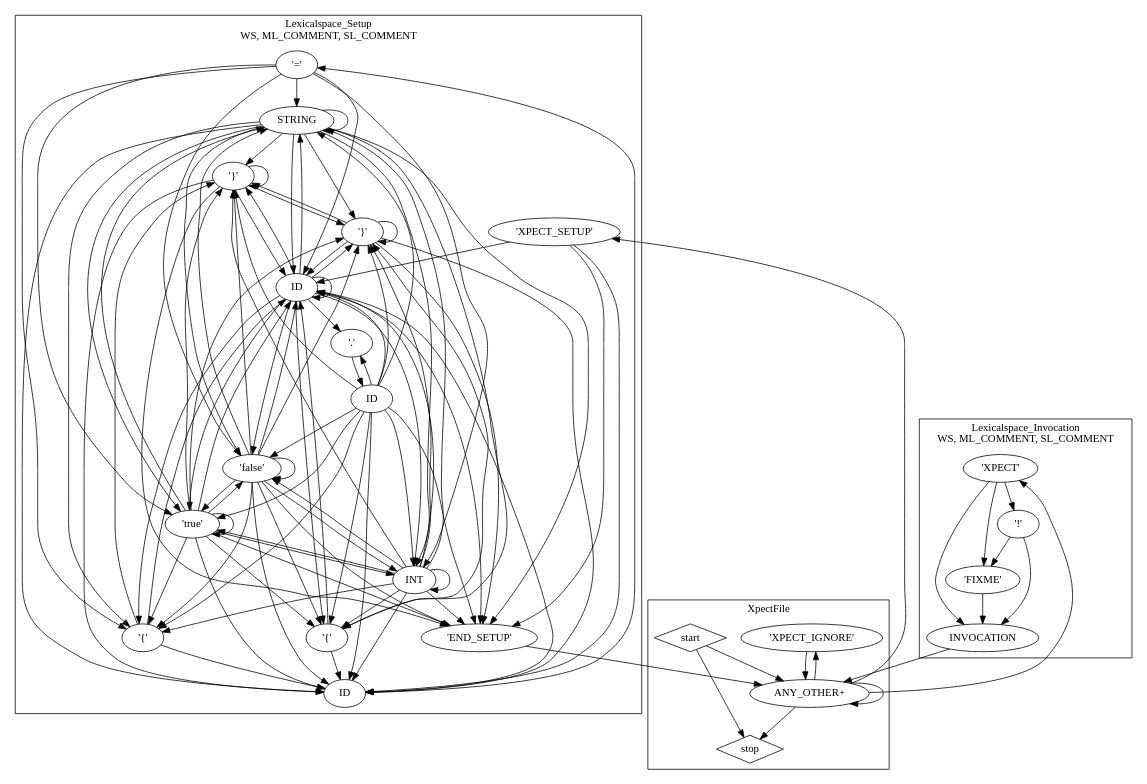
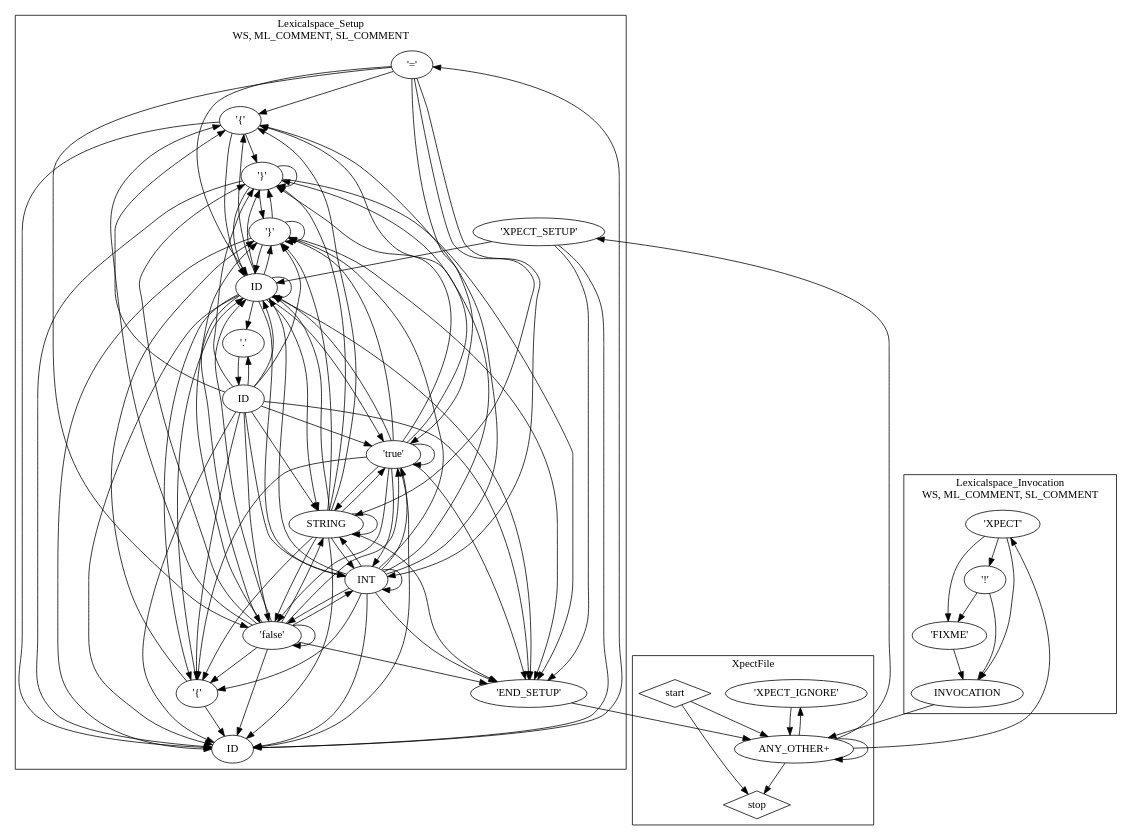
One commit to tjeske/Xpect changed the diagram in org.eclipse.xpect.ui/src-gen/org/eclipse/xpect/lexer/XpectHIGrammarNfa.dot. Above: the diagram before and after it, drawn with Graphviz. The commit also changed 95 other files, not shown here.

```diff
--- a/org.eclipse.xpect.ui/src-gen/org/eclipse/xpect/lexer/XpectHIGrammarNfa.dot
+++ b/org.eclipse.xpect.ui/src-gen/org/eclipse/xpect/lexer/XpectHIGrammarNfa.dot
@@ -1,150 +1,150 @@
 ## This is a Graphviz .dot file (http://www.graphviz.org/)
 ## You can use the command 'dot -Tpdf this.dot > out.pdf' to render it.
 digraph G {
-subgraph cluster_lexicalgroup236055802 {
-label="XpectFile\n";
-tokennfastate1951830231 [label="'XPECT_IGNORE'"];
-tokennfastate1808794751 [label="ANY_OTHER+"];
-tokennfastate1609544540 [shape=diamond,label=stop];
-tokennfastate266546996 [shape=diamond,label=start];
+subgraph cluster_lexicalgroup1300528434 {
+label="Lexicalspace_Setup\nWS, ML_COMMENT, SL_COMMENT";
+tokennfastate1099307364 [label="'='"];
+tokennfastate778559237 [label="'{'"];
+tokennfastate464458344 [label=ID];
+tokennfastate640145996 [label="'}'"];
+tokennfastate108906448 [label="'false'"];
+tokennfastate1303951496 [label="'XPECT_SETUP'"];
+tokennfastate413046895 [label="'}'"];
+tokennfastate1640502170 [label="'END_SETUP'"];
+tokennfastate234471338 [label=ID];
+tokennfastate1420933636 [label=INT];
+tokennfastate6645235 [label=STRING];
+tokennfastate13395290 [label="'true'"];
+tokennfastate413215160 [label="'.'"];
+tokennfastate227127507 [label="'{'"];
+tokennfastate143782287 [label=ID];
 }
 
-subgraph cluster_lexicalgroup50297459 {
-label="Lexicalspace_Setup\nWS, ML_COMMENT, SL_COMMENT";
-tokennfastate1335025360 [label="'='"];
-tokennfastate868997251 [label="'}'"];
-tokennfastate613079201 [label=ID];
-tokennfastate1243258711 [label="'}'"];
-tokennfastate1857134882 [label=STRING];
-tokennfastate1891225036 [label=ID];
-tokennfastate637796214 [label=ID];
-tokennfastate1734747187 [label="'END_SETUP'"];
-tokennfastate2088030818 [label=INT];
-tokennfastate1531844761 [label="'true'"];
-tokennfastate112380906 [label="'{'"];
-tokennfastate418025943 [label="'false'"];
-tokennfastate1281792763 [label="'.'"];
-tokennfastate1935353349 [label="'XPECT_SETUP'"];
-tokennfastate1091660814 [label="'{'"];
+subgraph cluster_lexicalgroup440472115 {
+label="XpectFile\n";
+tokennfastate174271200 [label="'XPECT_IGNORE'"];
+tokennfastate1901662085 [shape=diamond,label=start];
+tokennfastate562203102 [label="ANY_OTHER+"];
+tokennfastate131223023 [shape=diamond,label=stop];
 }
 
-subgraph cluster_lexicalgroup1874542689 {
+subgraph cluster_lexicalgroup1792088662 {
 label="Lexicalspace_Invocation\nWS, ML_COMMENT, SL_COMMENT";
-tokennfastate366717433 [label="'XPECT'"];
-tokennfastate79503692 [label="'FIXME'"];
-tokennfastate1656345966 [label=INVOCATION];
-tokennfastate883435636 [label="'!'"];
+tokennfastate2141140246 [label="'XPECT'"];
+tokennfastate1749476584 [label="'FIXME'"];
+tokennfastate1201057368 [label="'!'"];
+tokennfastate1227400007 [label=INVOCATION];
 }
 
-tokennfastate1951830231->tokennfastate1808794751 [];
-tokennfastate1808794751->tokennfastate1951830231 [];
-tokennfastate1808794751->tokennfastate1935353349 [];
-tokennfastate1808794751->tokennfastate366717433 [];
-tokennfastate1808794751->tokennfastate1609544540 [];
-tokennfastate1808794751->tokennfastate1808794751 [];
-tokennfastate266546996->tokennfastate1609544540 [];
-tokennfastate266546996->tokennfastate1808794751 [];
-tokennfastate1335025360->tokennfastate637796214 [];
-tokennfastate1335025360->tokennfastate112380906 [];
-tokennfastate1335025360->tokennfastate1531844761 [];
-tokennfastate1335025360->tokennfastate418025943 [];
-tokennfastate1335025360->tokennfastate2088030818 [];
-tokennfastate1335025360->tokennfastate1857134882 [];
-tokennfastate868997251->tokennfastate1243258711 [];
-tokennfastate868997251->tokennfastate637796214 [];
-tokennfastate868997251->tokennfastate613079201 [];
-tokennfastate868997251->tokennfastate868997251 [];
-tokennfastate868997251->tokennfastate1734747187 [];
-tokennfastate613079201->tokennfastate1335025360 [];
-tokennfastate1243258711->tokennfastate1734747187 [];
-tokennfastate1243258711->tokennfastate637796214 [];
-tokennfastate1243258711->tokennfastate613079201 [];
-tokennfastate1243258711->tokennfastate1243258711 [];
-tokennfastate1243258711->tokennfastate868997251 [];
-tokennfastate1857134882->tokennfastate112380906 [];
-tokennfastate1857134882->tokennfastate1243258711 [];
-tokennfastate1857134882->tokennfastate637796214 [];
-tokennfastate1857134882->tokennfastate613079201 [];
-tokennfastate1857134882->tokennfastate868997251 [];
-tokennfastate1857134882->tokennfastate1734747187 [];
-tokennfastate1857134882->tokennfastate1091660814 [];
-tokennfastate1857134882->tokennfastate1531844761 [];
-tokennfastate1857134882->tokennfastate418025943 [];
-tokennfastate1857134882->tokennfastate2088030818 [];
-tokennfastate1857134882->tokennfastate1857134882 [];
-tokennfastate1891225036->tokennfastate1091660814 [];
-tokennfastate1891225036->tokennfastate1531844761 [];
-tokennfastate1891225036->tokennfastate418025943 [];
-tokennfastate1891225036->tokennfastate2088030818 [];
-tokennfastate1891225036->tokennfastate1857134882 [];
-tokennfastate1891225036->tokennfastate1243258711 [];
-tokennfastate1891225036->tokennfastate637796214 [];
-tokennfastate1891225036->tokennfastate613079201 [];
-tokennfastate1891225036->tokennfastate868997251 [];
-tokennfastate1891225036->tokennfastate1734747187 [];
-tokennfastate1891225036->tokennfastate112380906 [];
-tokennfastate1891225036->tokennfastate1281792763 [];
-tokennfastate637796214->tokennfastate1734747187 [];
-tokennfastate637796214->tokennfastate637796214 [];
-tokennfastate637796214->tokennfastate613079201 [];
-tokennfastate637796214->tokennfastate1281792763 [];
-tokennfastate637796214->tokennfastate1243258711 [];
-tokennfastate637796214->tokennfastate868997251 [];
-tokennfastate637796214->tokennfastate1531844761 [];
-tokennfastate637796214->tokennfastate418025943 [];
-tokennfastate637796214->tokennfastate2088030818 [];
-tokennfastate637796214->tokennfastate1857134882 [];
-tokennfastate637796214->tokennfastate112380906 [];
-tokennfastate637796214->tokennfastate1091660814 [];
-tokennfastate1734747187->tokennfastate1808794751 [];
-tokennfastate2088030818->tokennfastate112380906 [];
-tokennfastate2088030818->tokennfastate1243258711 [];
-tokennfastate2088030818->tokennfastate637796214 [];
-tokennfastate2088030818->tokennfastate613079201 [];
-tokennfastate2088030818->tokennfastate868997251 [];
-tokennfastate2088030818->tokennfastate1734747187 [];
-tokennfastate2088030818->tokennfastate1091660814 [];
-tokennfastate2088030818->tokennfastate1531844761 [];
-tokennfastate2088030818->tokennfastate418025943 [];
-tokennfastate2088030818->tokennfastate2088030818 [];
-tokennfastate2088030818->tokennfastate1857134882 [];
-tokennfastate1531844761->tokennfastate112380906 [];
-tokennfastate1531844761->tokennfastate1243258711 [];
-tokennfastate1531844761->tokennfastate637796214 [];
-tokennfastate1531844761->tokennfastate613079201 [];
-tokennfastate1531844761->tokennfastate868997251 [];
-tokennfastate1531844761->tokennfastate1734747187 [];
-tokennfastate1531844761->tokennfastate1091660814 [];
-tokennfastate1531844761->tokennfastate1531844761 [];
-tokennfastate1531844761->tokennfastate418025943 [];
-tokennfastate1531844761->tokennfastate2088030818 [];
-tokennfastate1531844761->tokennfastate1857134882 [];
-tokennfastate112380906->tokennfastate868997251 [];
-tokennfastate112380906->tokennfastate613079201 [];
-tokennfastate112380906->tokennfastate637796214 [];
-tokennfastate418025943->tokennfastate112380906 [];
-tokennfastate418025943->tokennfastate1243258711 [];
-tokennfastate418025943->tokennfastate637796214 [];
-tokennfastate418025943->tokennfastate613079201 [];
-tokennfastate418025943->tokennfastate868997251 [];
-tokennfastate418025943->tokennfastate1734747187 [];
-tokennfastate418025943->tokennfastate1091660814 [];
-tokennfastate418025943->tokennfastate1531844761 [];
-tokennfastate418025943->tokennfastate418025943 [];
-tokennfastate418025943->tokennfastate2088030818 [];
-tokennfastate418025943->tokennfastate1857134882 [];
-tokennfastate1281792763->tokennfastate1891225036 [];
-tokennfastate1935353349->tokennfastate1734747187 [];
-tokennfastate1935353349->tokennfastate637796214 [];
-tokennfastate1935353349->tokennfastate613079201 [];
-tokennfastate1091660814->tokennfastate1243258711 [];
-tokennfastate1091660814->tokennfastate637796214 [];
-tokennfastate1091660814->tokennfastate613079201 [];
-tokennfastate366717433->tokennfastate1656345966 [];
-tokennfastate366717433->tokennfastate883435636 [];
-tokennfastate366717433->tokennfastate79503692 [];
-tokennfastate79503692->tokennfastate1656345966 [];
-tokennfastate1656345966->tokennfastate1808794751 [];
-tokennfastate883435636->tokennfastate1656345966 [];
-tokennfastate883435636->tokennfastate79503692 [];
+tokennfastate1099307364->tokennfastate234471338 [];
+tokennfastate1099307364->tokennfastate778559237 [];
+tokennfastate1099307364->tokennfastate13395290 [];
+tokennfastate1099307364->tokennfastate108906448 [];
+tokennfastate1099307364->tokennfastate1420933636 [];
+tokennfastate1099307364->tokennfastate6645235 [];
+tokennfastate778559237->tokennfastate640145996 [];
+tokennfastate778559237->tokennfastate464458344 [];
+tokennfastate778559237->tokennfastate234471338 [];
+tokennfastate464458344->tokennfastate1099307364 [];
+tokennfastate640145996->tokennfastate413046895 [];
+tokennfastate640145996->tokennfastate234471338 [];
+tokennfastate640145996->tokennfastate464458344 [];
+tokennfastate640145996->tokennfastate640145996 [];
+tokennfastate640145996->tokennfastate1640502170 [];
+tokennfastate108906448->tokennfastate778559237 [];
+tokennfastate108906448->tokennfastate413046895 [];
+tokennfastate108906448->tokennfastate234471338 [];
+tokennfastate108906448->tokennfastate464458344 [];
+tokennfastate108906448->tokennfastate640145996 [];
+tokennfastate108906448->tokennfastate1640502170 [];
+tokennfastate108906448->tokennfastate227127507 [];
+tokennfastate108906448->tokennfastate13395290 [];
+tokennfastate108906448->tokennfastate108906448 [];
+tokennfastate108906448->tokennfastate1420933636 [];
+tokennfastate108906448->tokennfastate6645235 [];
+tokennfastate1303951496->tokennfastate1640502170 [];
+tokennfastate1303951496->tokennfastate234471338 [];
+tokennfastate1303951496->tokennfastate464458344 [];
+tokennfastate413046895->tokennfastate1640502170 [];
+tokennfastate413046895->tokennfastate234471338 [];
+tokennfastate413046895->tokennfastate464458344 [];
+tokennfastate413046895->tokennfastate413046895 [];
+tokennfastate413046895->tokennfastate640145996 [];
+tokennfastate1640502170->tokennfastate562203102 [];
+tokennfastate234471338->tokennfastate1640502170 [];
+tokennfastate234471338->tokennfastate234471338 [];
+tokennfastate234471338->tokennfastate464458344 [];
+tokennfastate234471338->tokennfastate413215160 [];
+tokennfastate234471338->tokennfastate413046895 [];
+tokennfastate234471338->tokennfastate640145996 [];
+tokennfastate234471338->tokennfastate13395290 [];
+tokennfastate234471338->tokennfastate108906448 [];
+tokennfastate234471338->tokennfastate1420933636 [];
+tokennfastate234471338->tokennfastate6645235 [];
+tokennfastate234471338->tokennfastate778559237 [];
+tokennfastate234471338->tokennfastate227127507 [];
+tokennfastate1420933636->tokennfastate778559237 [];
+tokennfastate1420933636->tokennfastate413046895 [];
+tokennfastate1420933636->tokennfastate234471338 [];
+tokennfastate1420933636->tokennfastate464458344 [];
+tokennfastate1420933636->tokennfastate640145996 [];
+tokennfastate1420933636->tokennfastate1640502170 [];
+tokennfastate1420933636->tokennfastate227127507 [];
+tokennfastate1420933636->tokennfastate13395290 [];
+tokennfastate1420933636->tokennfastate108906448 [];
+tokennfastate1420933636->tokennfastate1420933636 [];
+tokennfastate1420933636->tokennfastate6645235 [];
+tokennfastate6645235->tokennfastate778559237 [];
+tokennfastate6645235->tokennfastate413046895 [];
+tokennfastate6645235->tokennfastate234471338 [];
+tokennfastate6645235->tokennfastate464458344 [];
+tokennfastate6645235->tokennfastate640145996 [];
+tokennfastate6645235->tokennfastate1640502170 [];
+tokennfastate6645235->tokennfastate227127507 [];
+tokennfastate6645235->tokennfastate13395290 [];
+tokennfastate6645235->tokennfastate108906448 [];
+tokennfastate6645235->tokennfastate1420933636 [];
+tokennfastate6645235->tokennfastate6645235 [];
+tokennfastate13395290->tokennfastate778559237 [];
+tokennfastate13395290->tokennfastate413046895 [];
+tokennfastate13395290->tokennfastate234471338 [];
+tokennfastate13395290->tokennfastate464458344 [];
+tokennfastate13395290->tokennfastate640145996 [];
+tokennfastate13395290->tokennfastate1640502170 [];
+tokennfastate13395290->tokennfastate227127507 [];
+tokennfastate13395290->tokennfastate13395290 [];
+tokennfastate13395290->tokennfastate108906448 [];
+tokennfastate13395290->tokennfastate1420933636 [];
+tokennfastate13395290->tokennfastate6645235 [];
+tokennfastate413215160->tokennfastate143782287 [];
+tokennfastate227127507->tokennfastate413046895 [];
+tokennfastate227127507->tokennfastate234471338 [];
+tokennfastate227127507->tokennfastate464458344 [];
+tokennfastate143782287->tokennfastate227127507 [];
+tokennfastate143782287->tokennfastate13395290 [];
+tokennfastate143782287->tokennfastate108906448 [];
+tokennfastate143782287->tokennfastate1420933636 [];
+tokennfastate143782287->tokennfastate6645235 [];
+tokennfastate143782287->tokennfastate413046895 [];
+tokennfastate143782287->tokennfastate234471338 [];
+tokennfastate143782287->tokennfastate464458344 [];
+tokennfastate143782287->tokennfastate640145996 [];
+tokennfastate143782287->tokennfastate1640502170 [];
+tokennfastate143782287->tokennfastate778559237 [];
+tokennfastate143782287->tokennfastate413215160 [];
+tokennfastate174271200->tokennfastate562203102 [];
+tokennfastate1901662085->tokennfastate131223023 [];
+tokennfastate1901662085->tokennfastate562203102 [];
+tokennfastate562203102->tokennfastate174271200 [];
+tokennfastate562203102->tokennfastate1303951496 [];
+tokennfastate562203102->tokennfastate2141140246 [];
+tokennfastate562203102->tokennfastate131223023 [];
+tokennfastate562203102->tokennfastate562203102 [];
+tokennfastate2141140246->tokennfastate1227400007 [];
+tokennfastate2141140246->tokennfastate1201057368 [];
+tokennfastate2141140246->tokennfastate1749476584 [];
+tokennfastate1749476584->tokennfastate1227400007 [];
+tokennfastate1201057368->tokennfastate1227400007 [];
+tokennfastate1201057368->tokennfastate1749476584 [];
+tokennfastate1227400007->tokennfastate562203102 [];
 }
```
